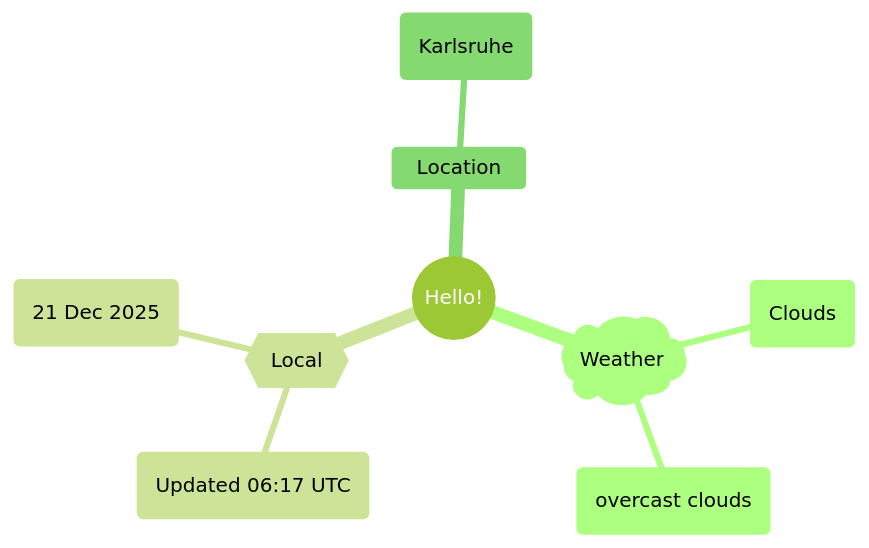
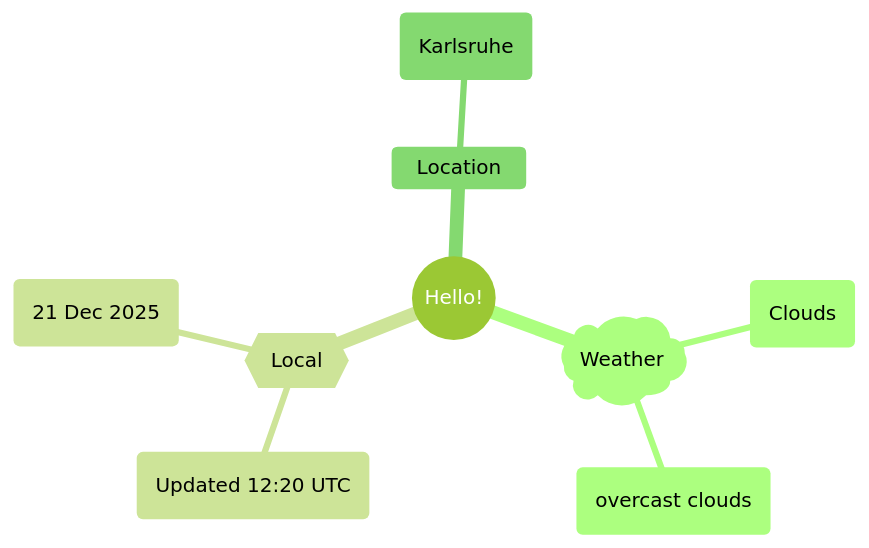
The first of 2 diagrams in README.md (Xosrov/Xosrov), drawn with Mermaid (forest theme) before and after one commit.

Commit message:
[bot] updated images

````diff
--- a/README.md
+++ b/README.md
@@ -3,12 +3,12 @@
 ```mermaid
 mindmap
   root((Hello!))
     )Weather(
         (Clouds)
         (overcast clouds)
     {{Local}}
-        (Updated 06:17 UTC)
+        (Updated 12:20 UTC)
         (21 Dec 2025)
     Location
         (Karlsruhe)
 ```
````
